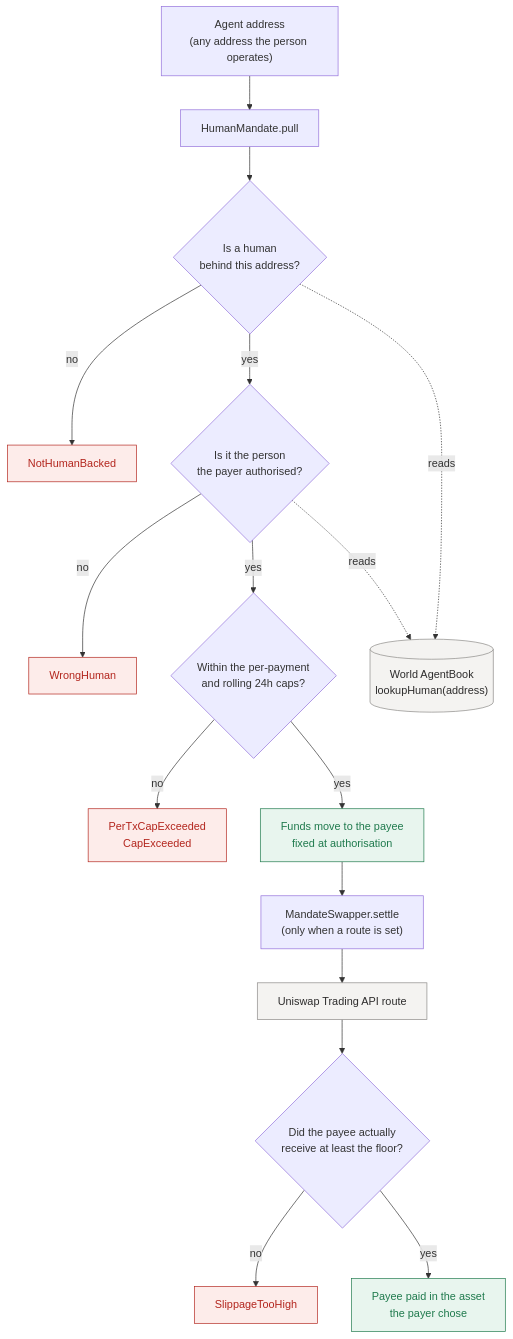
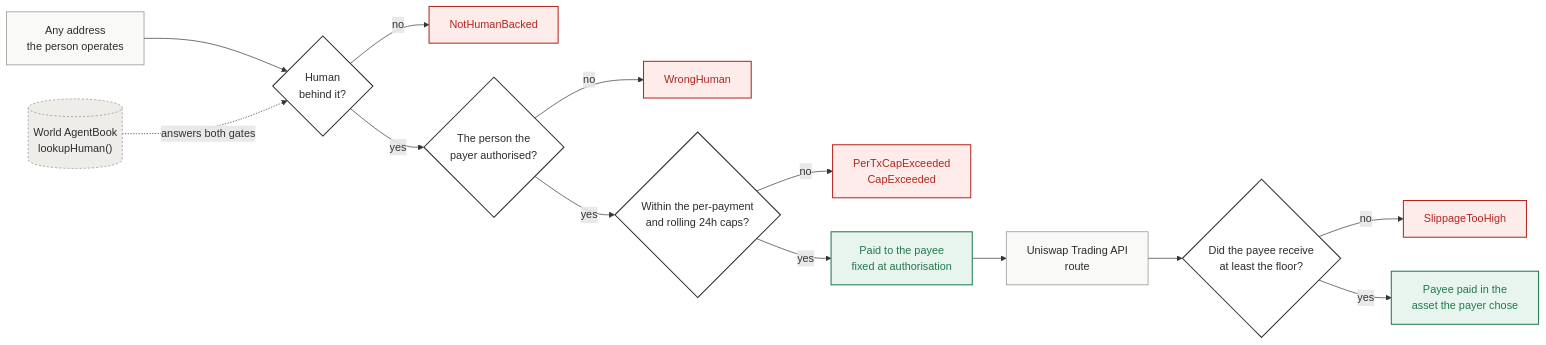
One commit to LingSiewWin/HumanMandate changed the diagram in README.md. Above: the diagram before and after it, drawn with Mermaid.

Commit message:
make the flow diagram readable and on-brand

````diff
--- a/README.md
+++ b/README.md
@@ -22,27 +22,27 @@
 ```mermaid
-flowchart TD
-    A["Agent address<br/>(any address the person operates)"] --> B["HumanMandate.pull"]
-    B --> C{"Is a human<br/>behind this address?"}
-    C -->|no| X1["NotHumanBacked"]
-    C -->|yes| D{"Is it the person<br/>the payer authorised?"}
-    D -->|no| X2["WrongHuman"]
-    D -->|yes| E{"Within the per-payment<br/>and rolling 24h caps?"}
-    E -->|no| X3["PerTxCapExceeded<br/>CapExceeded"]
-    E -->|yes| F["Funds move to the payee<br/>fixed at authorisation"]
+flowchart LR
+    A["Any address<br/>the person operates"] --> B{"Human<br/>behind it?"}
+    B -->|no| R1["NotHumanBacked"]
+    B -->|yes| C{"The person the<br/>payer authorised?"}
+    C -->|no| R2["WrongHuman"]
+    C -->|yes| D{"Within the per-payment<br/>and rolling 24h caps?"}
+    D -->|no| R3["PerTxCapExceeded<br/>CapExceeded"]
+    D -->|yes| E["Paid to the payee<br/>fixed at authorisation"]
 
-    C -. reads .-> R[("World AgentBook<br/>lookupHuman(address)")]
-    D -. reads .-> R
+    K[("World AgentBook<br/>lookupHuman()")] -.->|"answers both gates"| B
 
-    F --> G["MandateSwapper.settle<br/>(only when a route is set)"]
-    G --> H["Uniswap Trading API route"]
-    H --> I{"Did the payee actually<br/>receive at least the floor?"}
-    I -->|no| X4["SlippageTooHigh"]
-    I -->|yes| J["Payee paid in the asset<br/>the payer chose"]
+    E --> F["Uniswap Trading API<br/>route"]
+    F --> G{"Did the payee receive<br/>at least the floor?"}
+    G -->|no| R4["SlippageTooHigh"]
+    G -->|yes| H["Payee paid in the<br/>asset the payer chose"]
 
-    classDef refuse fill:#fdecea,stroke:#b3261e,color:#b3261e;
-    classDef allow fill:#e8f5ee,stroke:#1f7a4d,color:#1f7a4d;
-    classDef ext fill:#f4f3f1,stroke:#8b8987,color:#2d2c2c;
-    class X1,X2,X3,X4 refuse;
-    class F,J allow;
-    class R,H ext;
+    classDef default fill:#f9f9f8,stroke:#8b8987,color:#2d2c2c,stroke-width:1px;
+    classDef gate fill:#ffffff,stroke:#2d2c2c,color:#2d2c2c,stroke-width:1.5px;
+    classDef refuse fill:#fdecea,stroke:#b3261e,color:#b3261e,stroke-width:1.5px;
+    classDef allow fill:#e8f5ee,stroke:#1f7a4d,color:#1f7a4d,stroke-width:1.5px;
+    classDef ext fill:#efedea,stroke:#8b8987,color:#2d2c2c,stroke-dasharray:3 3;
+    class B,C,D,G gate;
+    class R1,R2,R3,R4 refuse;
+    class E,H allow;
+    class K ext;
 ```
````
